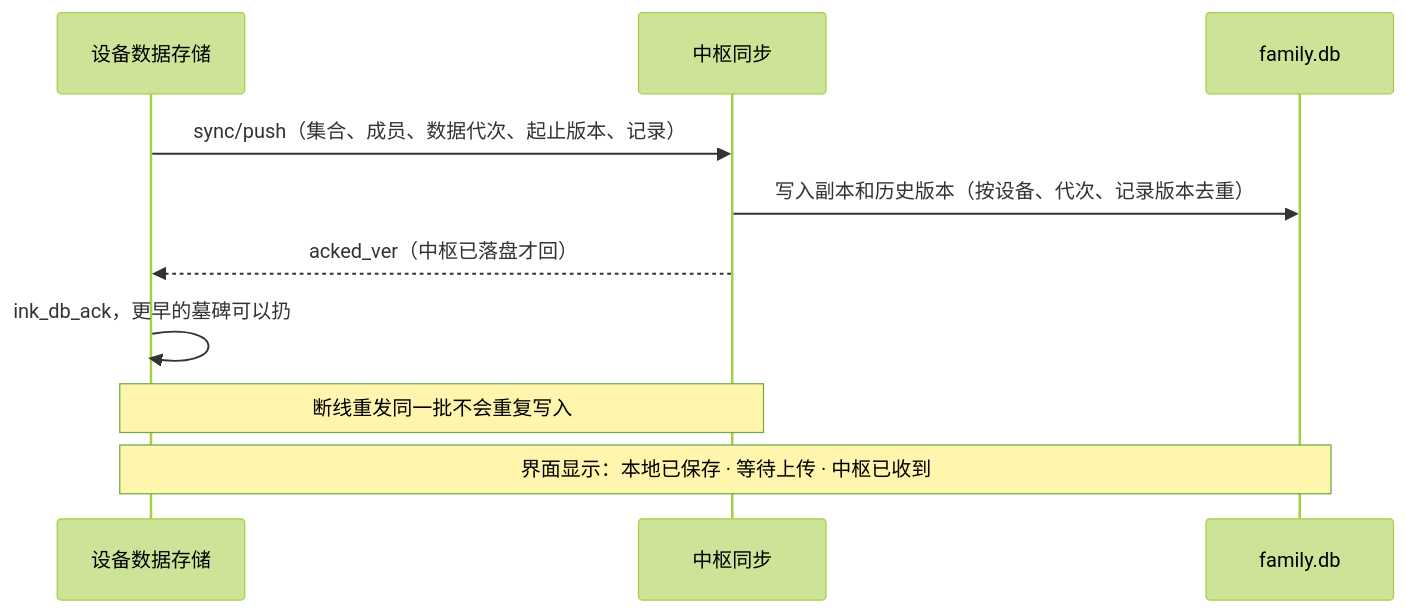
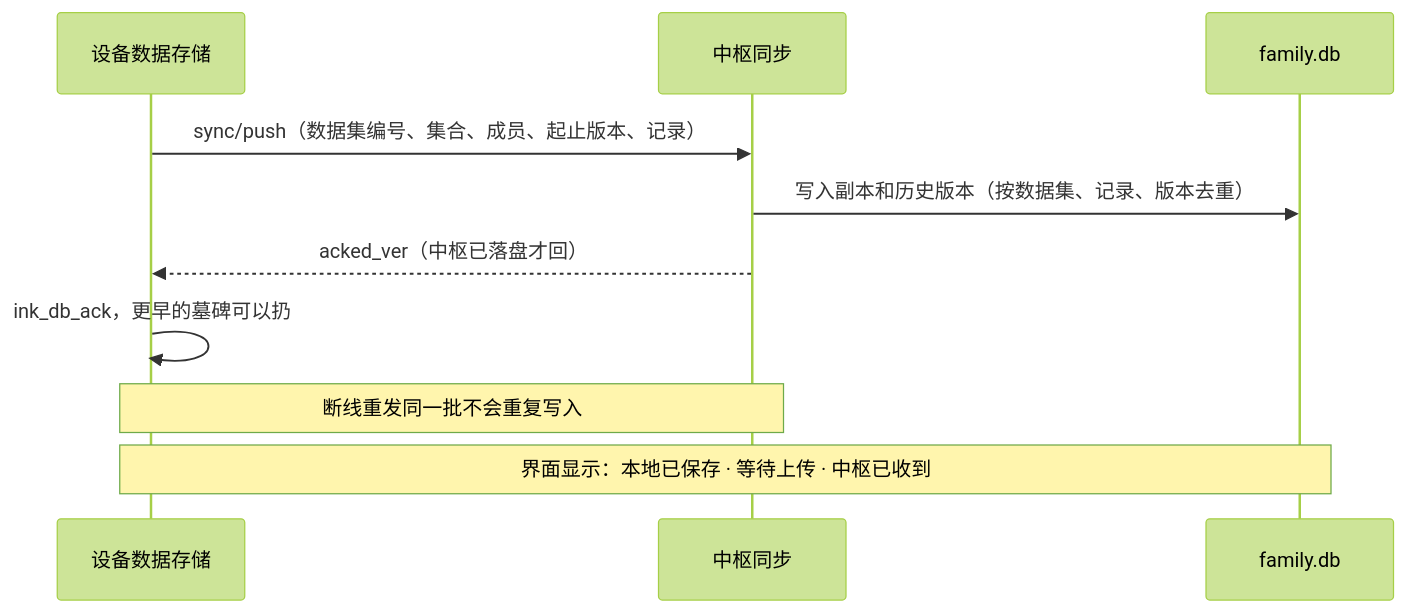
Before and after one commit to Gidean-zcx/ink: the tenth of 17 diagrams in docs/hub/hub-architecture.md, drawn with Mermaid (forest theme). The commit also changed other lines of this file and 13 other files, not shown here.

````diff
--- a/docs/hub/hub-architecture.md
+++ b/docs/hub/hub-architecture.md
@@ -816,12 +826,12 @@
 ```mermaid
 sequenceDiagram
   participant S as 设备数据存储
   participant G as 中枢同步
   participant F as family.db
-  S->>G: sync/push（集合、成员、数据代次、起止版本、记录）
-  G->>F: 写入副本和历史版本（按设备、代次、记录版本去重）
+  S->>G: sync/push（数据集编号、集合、成员、起止版本、记录）
+  G->>F: 写入副本和历史版本（按数据集、记录、版本去重）
   G-->>S: acked_ver（中枢已落盘才回）
   S->>S: ink_db_ack，更早的墓碑可以扔
   Note over S,G: 断线重发同一批不会重复写入
   Note over S,F: 界面显示：本地已保存 · 等待上传 · 中枢已收到
 ```
````
